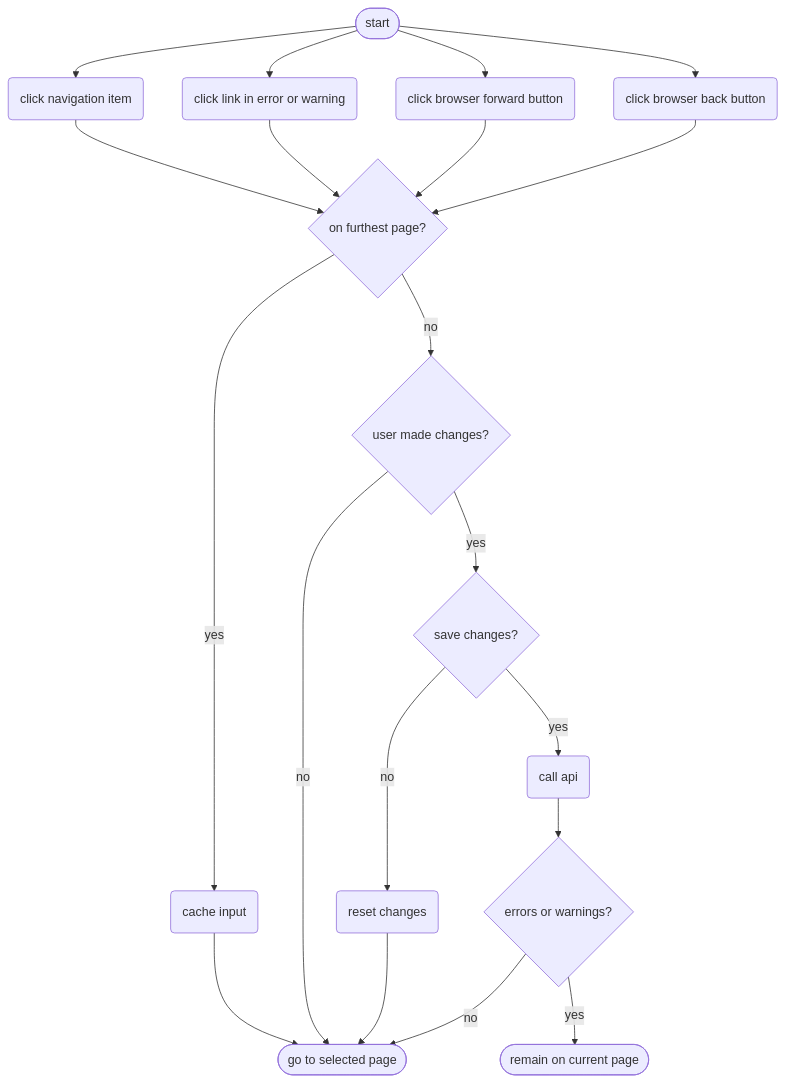
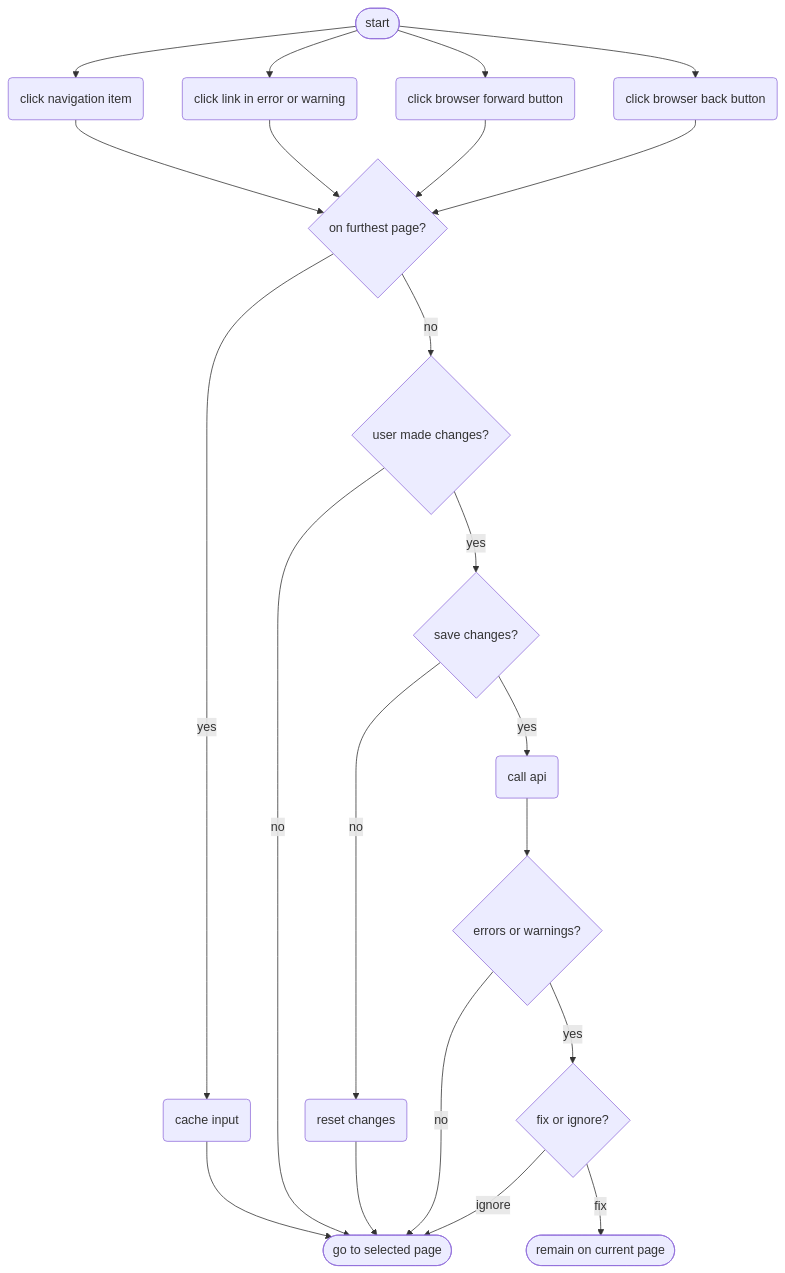
One commit to kiesraad/abacus changed the fourth of 4 diagrams in documentatie/flowcharts/data-entry-forms.md. Above: the diagram before and after it, drawn with Mermaid.

Commit message:
Navigation: "fix or ignore" step in case of errors

````diff
--- a/documentatie/flowcharts/data-entry-forms.md
+++ b/documentatie/flowcharts/data-entry-forms.md
@@ -169,43 +169,46 @@
 ```mermaid
 flowchart TD
     %% start and end
     flow-start([start])
 
     go-to-page([go to selected page])
     remain-on-page([remain on current page])
 
     %% steps
     nav-item(click navigation item)
     browser-back("click browser back button")
     link-in-error-or-warning("click link in error or warning")
     browser-forward("click browser forward button")
     on-furthest-page{on furthest page?}
     user-made-changes{user made changes?}
     save-changes{save changes?}
     call-api(call api)
     cache-input(cache input)
     reset-changes(reset changes)
     errors-or-warnings{errors or warnings?}
+    modal-fix-or-ignore{fix or ignore?}
 
     %% flow
     flow-start --> nav-item
     flow-start --> browser-back
     flow-start --> browser-forward
     flow-start --> link-in-error-or-warning
     nav-item --> on-furthest-page
     link-in-error-or-warning --> on-furthest-page
     browser-forward --> on-furthest-page
     browser-back --> on-furthest-page
     on-furthest-page -- yes --> cache-input
     cache-input --> go-to-page
 
     on-furthest-page -- no --> user-made-changes
     user-made-changes -- no --> go-to-page
     user-made-changes -- yes --> save-changes
     save-changes -- no --> reset-changes
     reset-changes --> go-to-page
     save-changes -- yes --> call-api
     call-api --> errors-or-warnings
     errors-or-warnings -- no --> go-to-page
-    errors-or-warnings -- yes --> remain-on-page
+    errors-or-warnings -- yes --> modal-fix-or-ignore
+    modal-fix-or-ignore -- fix --> remain-on-page
+    modal-fix-or-ignore -- ignore --> go-to-page
 ```
````
